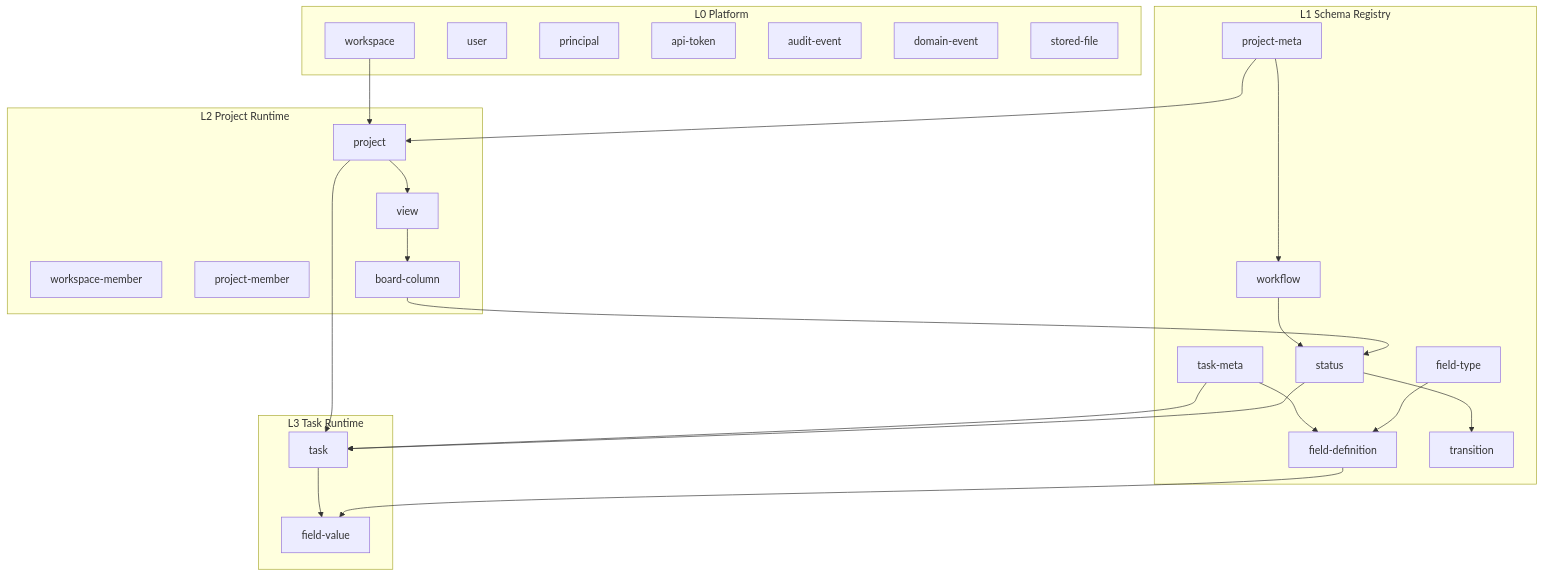
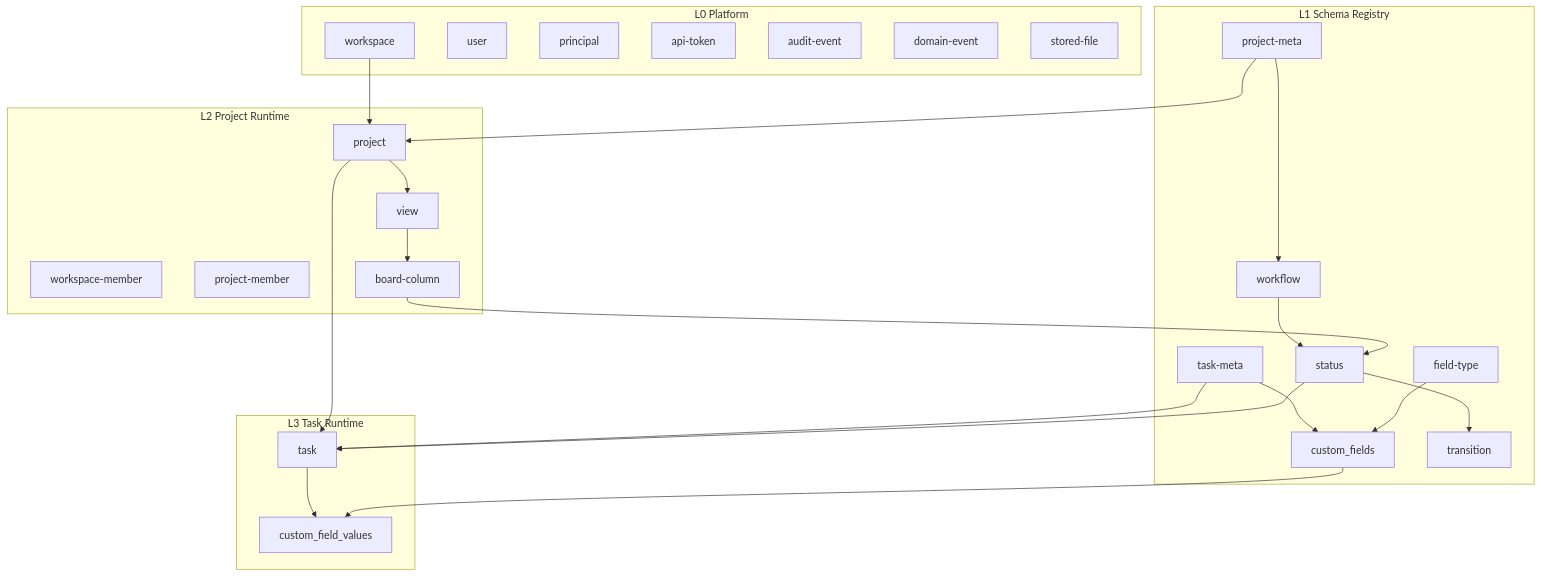
The first of 2 diagrams in docs/data-model.md (zhanghaocong/open-teambition), drawn with Mermaid before and after one commit. The commit also changed other lines of this file and 2 other files, not shown here.

First line of the commit message:
docs: align data-model with permission-model as canonical schema

````diff
--- a/docs/data-model.md
+++ b/docs/data-model.md
@@ -55,51 +57,51 @@
 ```mermaid
 graph TB
     subgraph L0["L0 Platform"]
         WS[workspace]
         U[user]
         P[principal]
         AT[api-token]
         AE[audit-event]
         DE[domain-event]
         SF[stored-file]
     end
 
     subgraph L1["L1 Schema Registry"]
         PM[project-meta]
         TM[task-meta]
         FT[field-type]
-        FD[field-definition]
+        CF[custom_fields]
         WF[workflow]
         ST[status]
         TR[transition]
     end
 
     subgraph L2["L2 Project Runtime"]
         PR[project]
         WM[workspace-member]
         PRM[project-member]
         VW[view]
         BC[board-column]
     end
 
     subgraph L3["L3 Task Runtime"]
         TK[task]
-        FV[field-value]
+        CFV[custom_field_values]
     end
 
     WS --> PR
     PM --> PR
     PM --> WF
     WF --> ST
     ST --> TR
-    TM --> FD
-    FT --> FD
+    TM --> CF
+    FT --> CF
     PR --> TK
     TM --> TK
-    TK --> FV
-    FD --> FV
+    TK --> CFV
+    CF --> CFV
     ST --> TK
     PR --> VW
     VW --> BC
     BC --> ST
 ```
````
